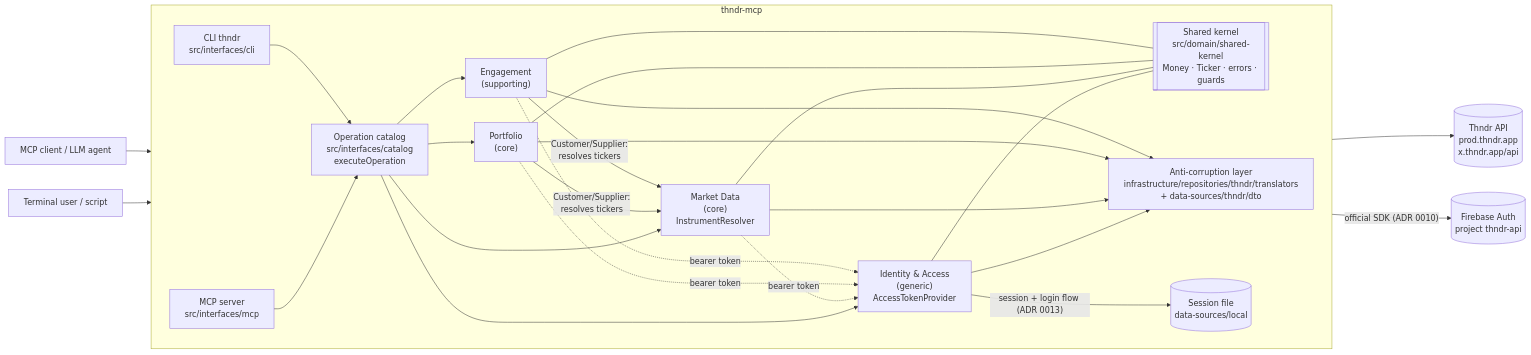
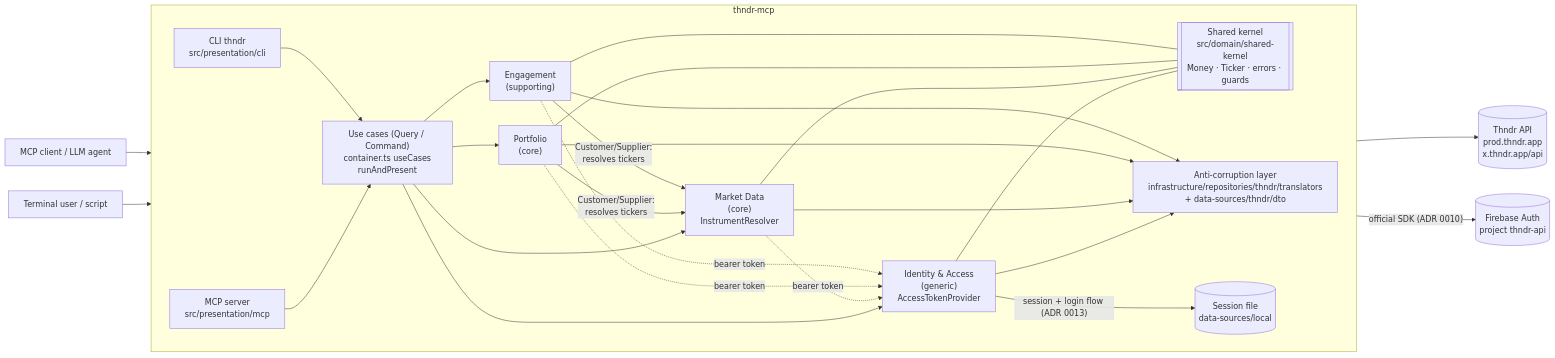
Before and after one commit to armaaar/thndr-mcp: the diagram in docs/README.md, drawn with Mermaid. The commit also changed other lines of this file and 27 other files, not shown here.

````diff
--- a/docs/README.md
+++ b/docs/README.md
@@ -60,44 +61,44 @@
 ```mermaid
 flowchart LR
     LLM["MCP client / LLM agent"]
     USER["Terminal user / script"]
 
     subgraph Server["thndr-mcp"]
         direction LR
-        MCP["MCP server<br/>src/interfaces/mcp"]
-        CLI["CLI thndr<br/>src/interfaces/cli"]
-        CAT["Operation catalog<br/>src/interfaces/catalog<br/>executeOperation"]
+        MCP["MCP server<br/>src/presentation/mcp"]
+        CLI["CLI thndr<br/>src/presentation/cli"]
+        CAT["Use cases (Query / Command)<br/>container.ts useCases<br/>runAndPresent"]
         IA["Identity & Access<br/>(generic)<br/>AccessTokenProvider"]
         MD["Market Data<br/>(core)<br/>InstrumentResolver"]
         PF["Portfolio<br/>(core)"]
         EN["Engagement<br/>(supporting)"]
         SK[["Shared kernel<br/>src/domain/shared-kernel<br/>Money · Ticker · errors · guards"]]
         ACL["Anti-corruption layer<br/>infrastructure/repositories/thndr/translators<br/>+ data-sources/thndr/dto"]
         SF[("Session file<br/>data-sources/local")]
     end
 
     THNDR[("Thndr API<br/>prod.thndr.app<br/>x.thndr.app/api")]
     FB[("Firebase Auth<br/>project thndr-api")]
 
     LLM --> MCP
     USER --> CLI
     MCP & CLI --> CAT
     CAT --> IA & MD & PF & EN
 
     PF -- "Customer/Supplier:<br/>resolves tickers" --> MD
     EN -- "Customer/Supplier:<br/>resolves tickers" --> MD
 
     MD -. "bearer token" .-> IA
     PF -. "bearer token" .-> IA
     EN -. "bearer token" .-> IA
 
     IA & MD & PF & EN --- SK
 
     IA --> ACL
     MD --> ACL
     PF --> ACL
     EN --> ACL
     ACL --> THNDR
     IA -- "official SDK (ADR 0010)" --> FB
     IA -- "session + login flow (ADR 0013)" --> SF
 ```
````
